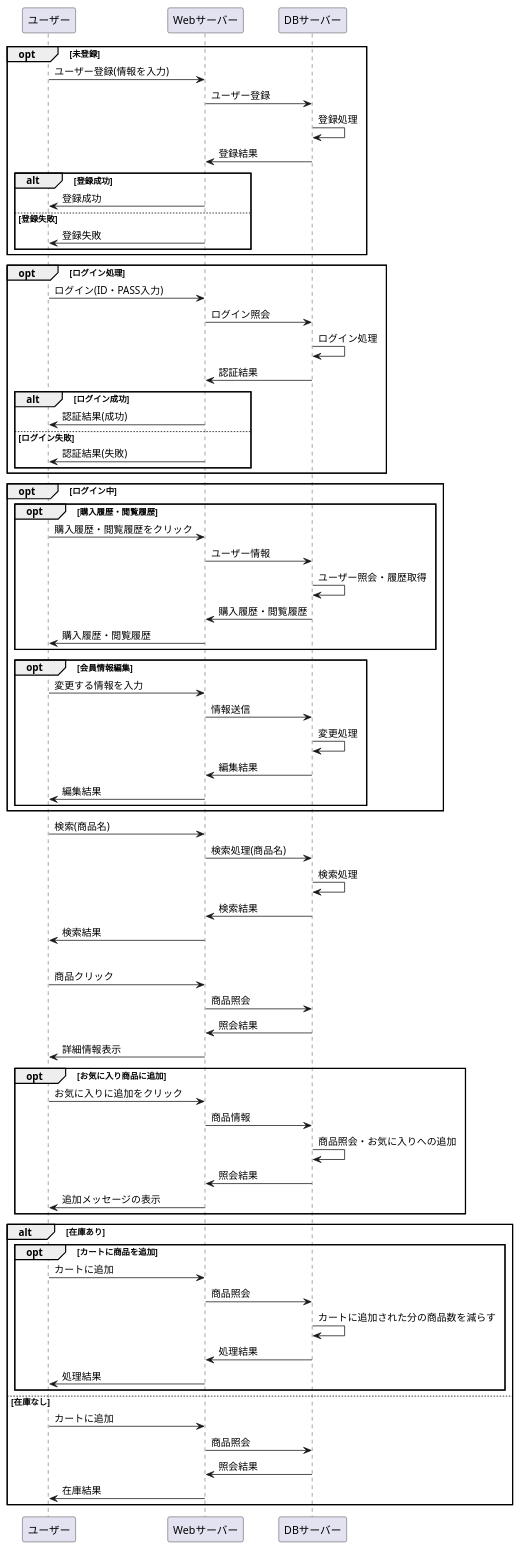
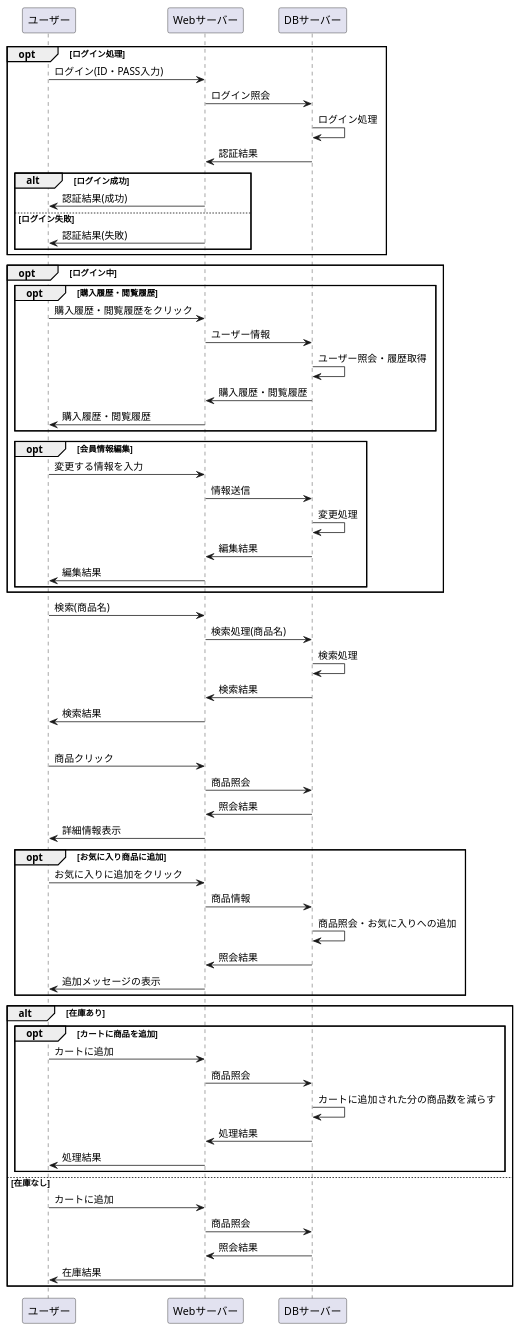
One commit to Aso2001163/2021sys-design-2 changed the diagram in システム開発/業務フロー/業務フロー.md. Above: the diagram before and after it, drawn with PlantUML.

````diff
--- a/システム開発/業務フロー/業務フロー.md
+++ b/システム開発/業務フロー/業務フロー.md
@@ -1,18 +1,5 @@
 ```uml
 @startuml
-
-opt 未登録
-ユーザー -> Webサーバー : ユーザー登録(情報を入力)
-Webサーバー -> DBサーバー : ユーザー登録
-DBサーバー -> DBサーバー : 登録処理
-DBサーバー -> Webサーバー : 登録結果
-
-alt 登録成功
-Webサーバー -> ユーザー : 登録成功
-else 登録失敗
-Webサーバー -> ユーザー : 登録失敗
-end
-end
 
 opt ログイン処理
 ユーザー -> Webサーバー : ログイン(ID・PASS入力)
````
